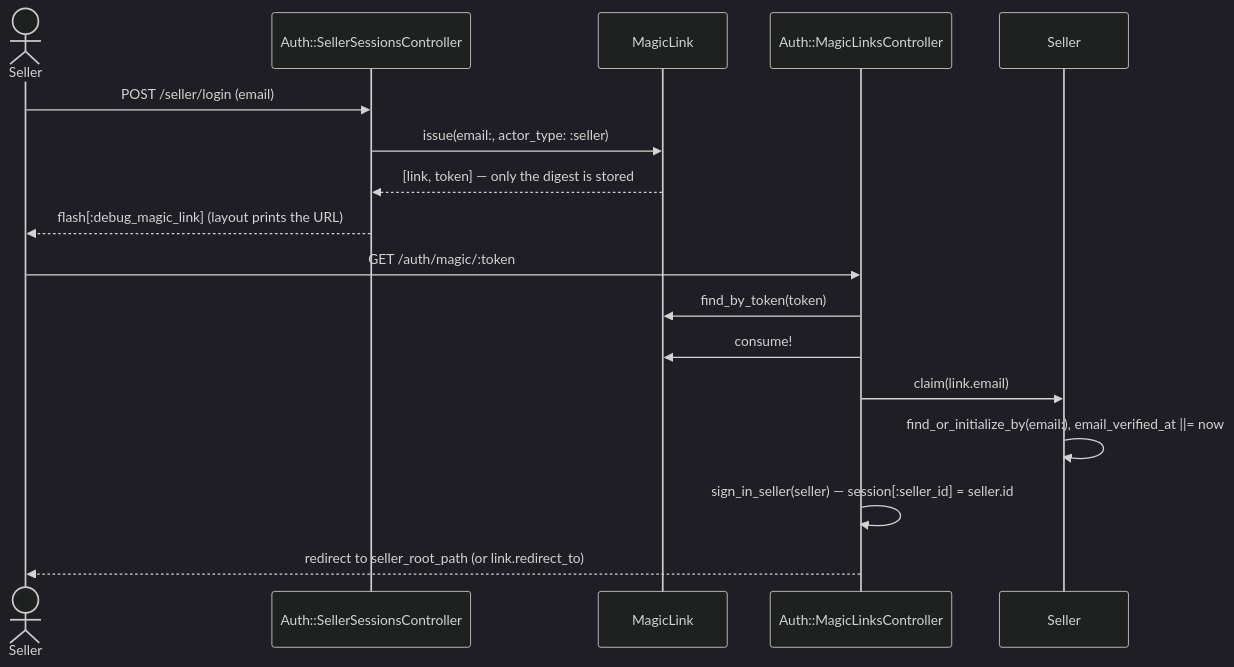
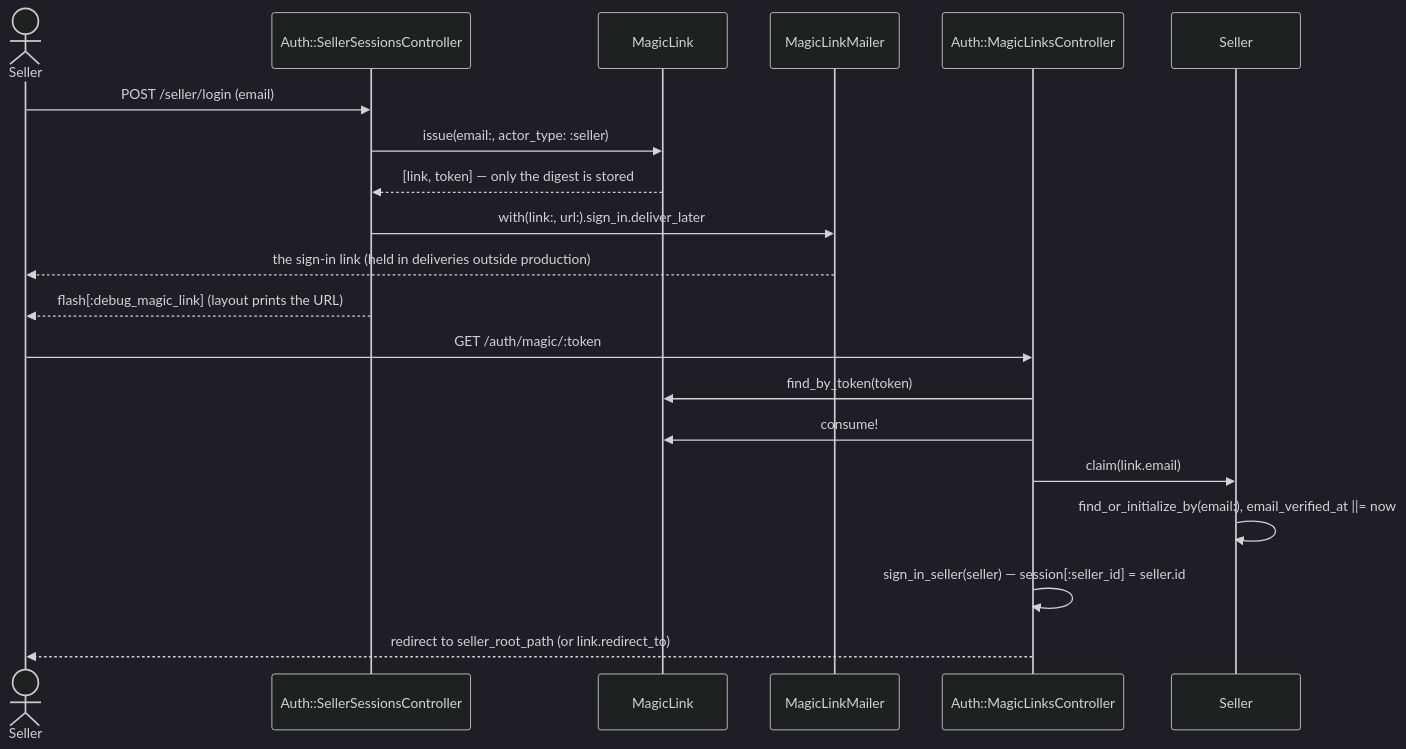
The first of 3 diagrams in prototype/rails/docs/identity.md (jonathan-beebe/art-store), drawn with Mermaid (dark theme) before and after one commit. The commit also changed other lines of this file and 28 other files, not shown here.

First line of the commit message:
refactor(rails): send magic links with MagicLinkMailer [RFCTR-012]

````diff
--- a/prototype/rails/docs/identity.md
+++ b/prototype/rails/docs/identity.md
@@ -14,21 +24,24 @@
 ```mermaid
 sequenceDiagram
     actor Seller
     participant Login as Auth::SellerSessionsController
     participant MagicLinks as MagicLink
+    participant Mailer as MagicLinkMailer
     participant Verify as Auth::MagicLinksController
     participant Sellers as Seller
 
     Seller->>Login: POST /seller/login (email)
     Login->>MagicLinks: issue(email:, actor_type: :seller)
     MagicLinks-->>Login: [link, token] — only the digest is stored
+    Login->>Mailer: with(link:, url:).sign_in.deliver_later
+    Mailer-->>Seller: the sign-in link (held in deliveries outside production)
     Login-->>Seller: flash[:debug_magic_link] (layout prints the URL)
 
     Seller->>Verify: GET /auth/magic/:token
     Verify->>MagicLinks: find_by_token(token)
     Verify->>MagicLinks: consume!
     Verify->>Sellers: claim(link.email)
     Sellers->>Sellers: find_or_initialize_by(email:), email_verified_at ||= now
     Verify->>Verify: sign_in_seller(seller) — session[:seller_id] = seller.id
     Verify-->>Seller: redirect to seller_root_path (or link.redirect_to)
 ```
````
